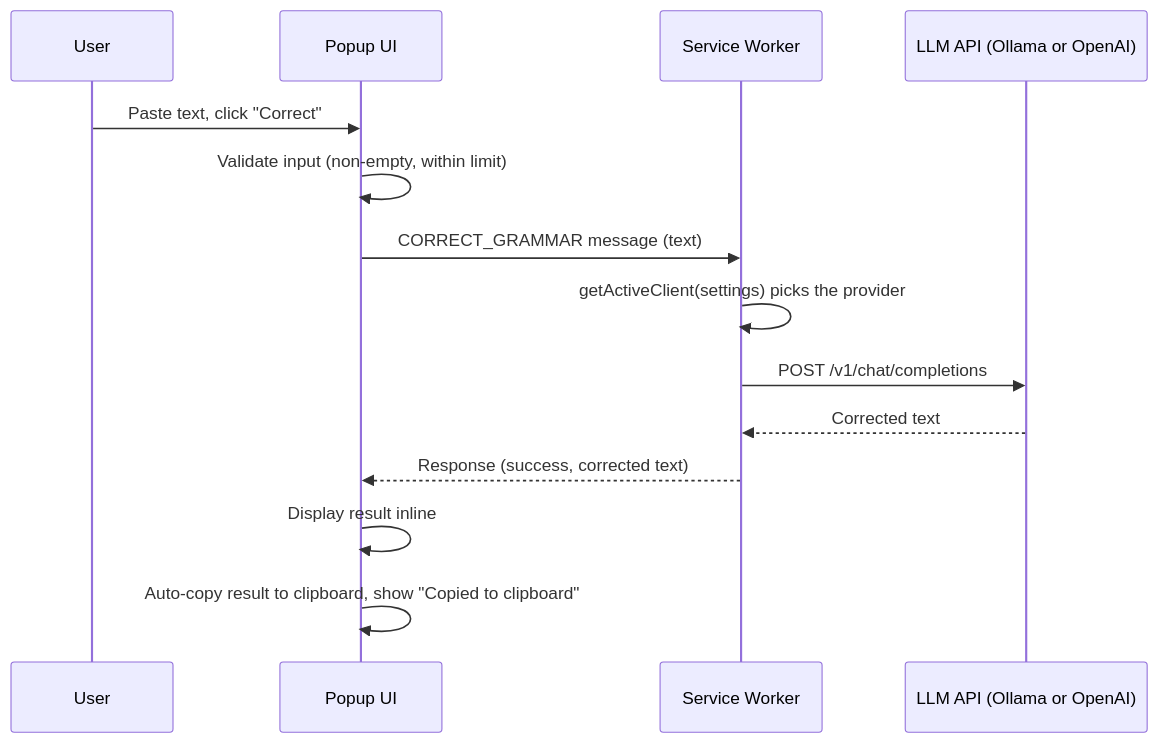
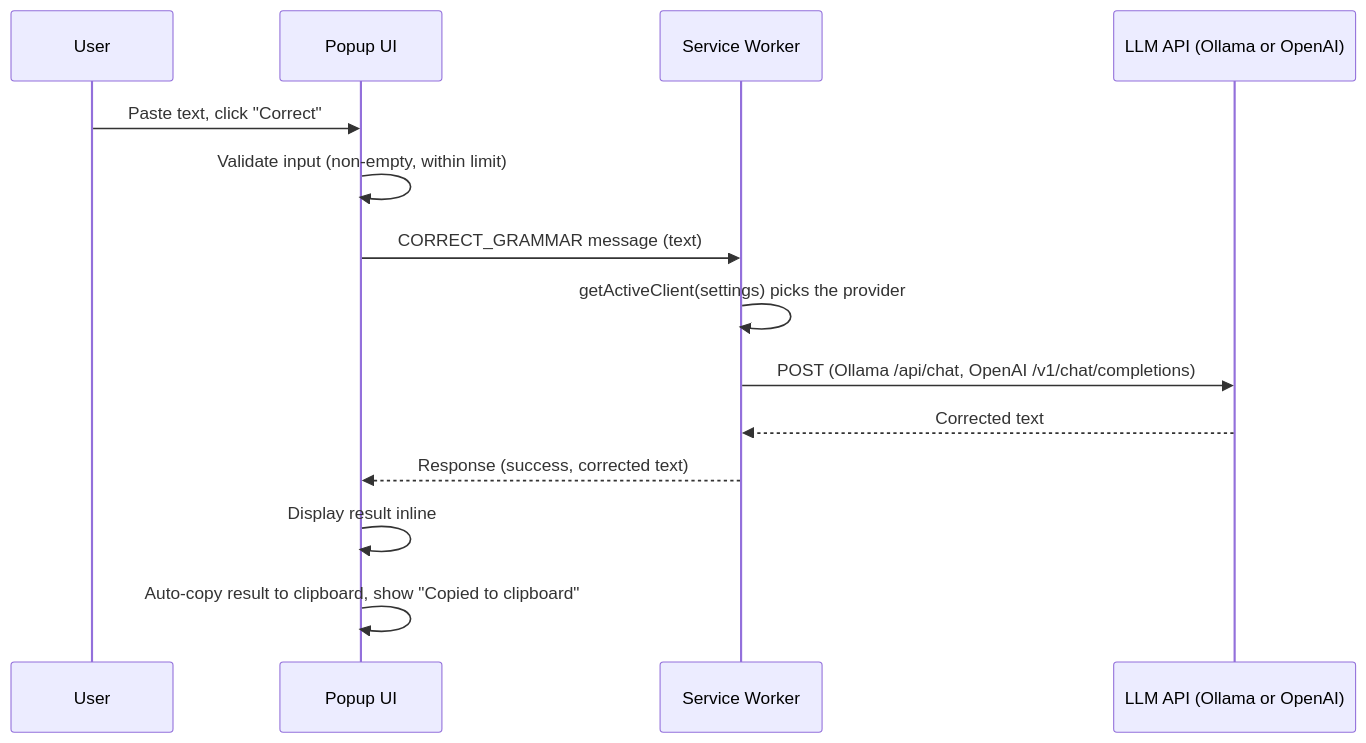
The fourth of 7 diagrams in docs/architecture.md (lucianhanga/chrome.extension.ai.correct.translate.reformulate), drawn with Mermaid before and after one commit. The commit also changed other lines of this file and 1 other file, not shown here.

First line of the commit message:
docs: truth-up architecture.md to v1.7.0 and fix security checklist (#52)

````diff
--- a/docs/architecture.md
+++ b/docs/architecture.md
@@ -545,17 +570,17 @@
 ```mermaid
 sequenceDiagram
     participant User
     participant Popup as Popup UI
     participant SW as Service Worker
     participant LLM as LLM API (Ollama or OpenAI)
 
     User->>Popup: Paste text, click "Correct"
     Popup->>Popup: Validate input (non-empty, within limit)
     Popup->>SW: CORRECT_GRAMMAR message (text)
     SW->>SW: getActiveClient(settings) picks the provider
-    SW->>LLM: POST /v1/chat/completions
+    SW->>LLM: POST (Ollama /api/chat, OpenAI /v1/chat/completions)
     LLM-->>SW: Corrected text
     SW-->>Popup: Response (success, corrected text)
     Popup->>Popup: Display result inline
     Popup->>Popup: Auto-copy result to clipboard, show "Copied to clipboard"
 ```
````
